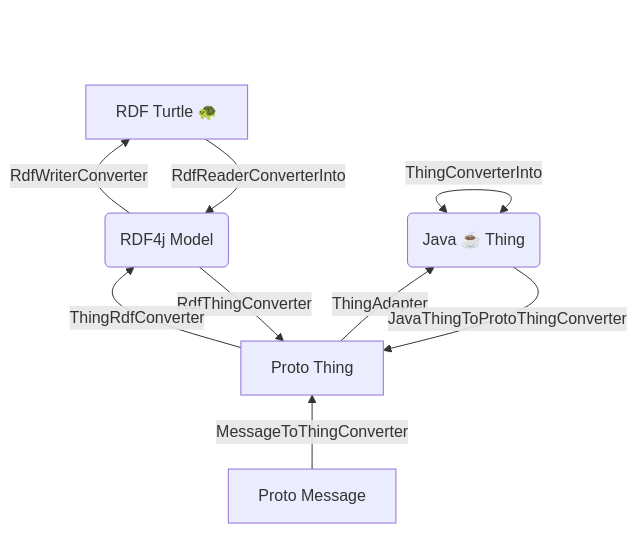
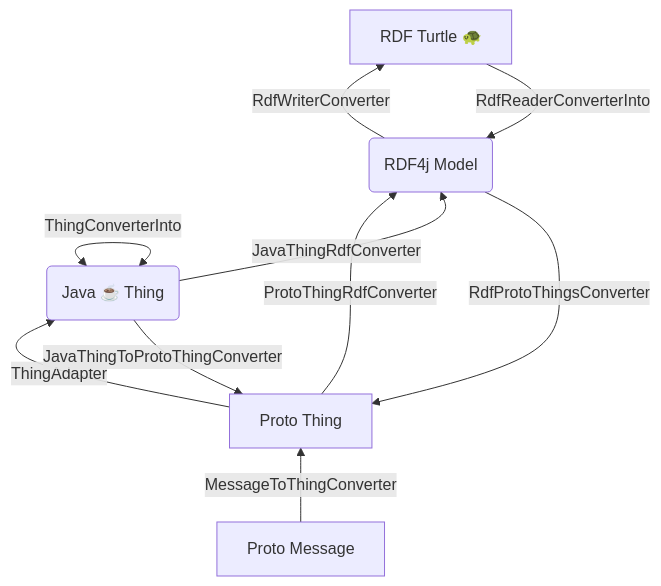
The diagram in docs/dev/implementation.md (enola-dev/enola), drawn with Mermaid before and after one commit. The commit also changed 14 other files, not shown here.

````diff
--- a/docs/dev/implementation.md
+++ b/docs/dev/implementation.md
@@ -89,19 +89,21 @@
 ``` mermaid
 graph BT
   ProtoThing[Proto Thing]
   ProtoMessage[Proto Message]
   RDF4jModel(RDF4j Model)
   RDFTurtle["RDF Turtle 🐢"]
   JavaThing("Java ☕ Thing")
 
   ProtoThing-- "ThingAdapter" -->JavaThing
   JavaThing-- "JavaThingToProtoThingConverter" -->ProtoThing
   ProtoMessage-- "MessageToThingConverter" -->ProtoThing
 
   JavaThing<-- "ThingConverterInto" -->JavaThing
 
-  RDF4jModel-- "RdfThingConverter" -->ProtoThing
-  ProtoThing-- "ThingRdfConverter" -->RDF4jModel
+  RDF4jModel-- "RdfProtoThingsConverter" -->ProtoThing
+  ProtoThing-- "ProtoThingRdfConverter" -->RDF4jModel
   RDF4jModel-- "RdfWriterConverter" -->RDFTurtle
   RDFTurtle-- "RdfReaderConverterInto" -->RDF4jModel
+
+  JavaThing-- "JavaThingRdfConverter" -->RDF4jModel
 ```
````
